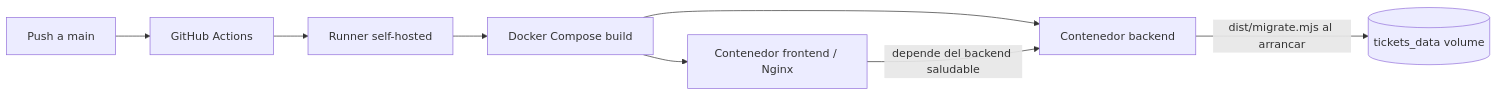
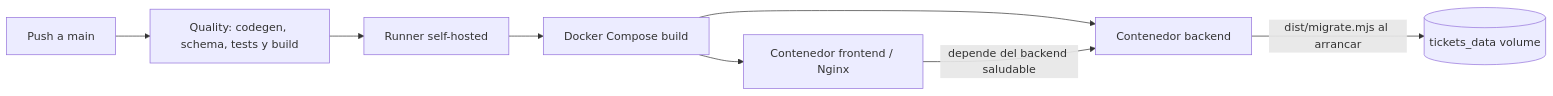
One commit to marianoLaclau/ticketsAdmin changed the tenth of 10 diagrams in docs/ARQUITECTURA.MD. Above: the diagram before and after it, drawn with Mermaid. The commit also changed other lines of this file and 9 other files, not shown here.

````diff
--- a/docs/ARQUITECTURA.MD
+++ b/docs/ARQUITECTURA.MD
@@ -421,16 +421,16 @@
 ```mermaid
 flowchart LR
     git[Push a main]
-    actions[GitHub Actions]
+    quality[Quality: codegen, schema, tests y build]
     runner[Runner self-hosted]
     images[Docker Compose build]
     backendc[Contenedor backend]
     frontendc[Contenedor frontend / Nginx]
     volume[(tickets_data volume)]
 
-    git --> actions --> runner --> images
+    git --> quality --> runner --> images
     images --> backendc
     images --> frontendc
     backendc -->|dist/migrate.mjs al arrancar| volume
     frontendc -->|depende del backend saludable| backendc
 ```
````
